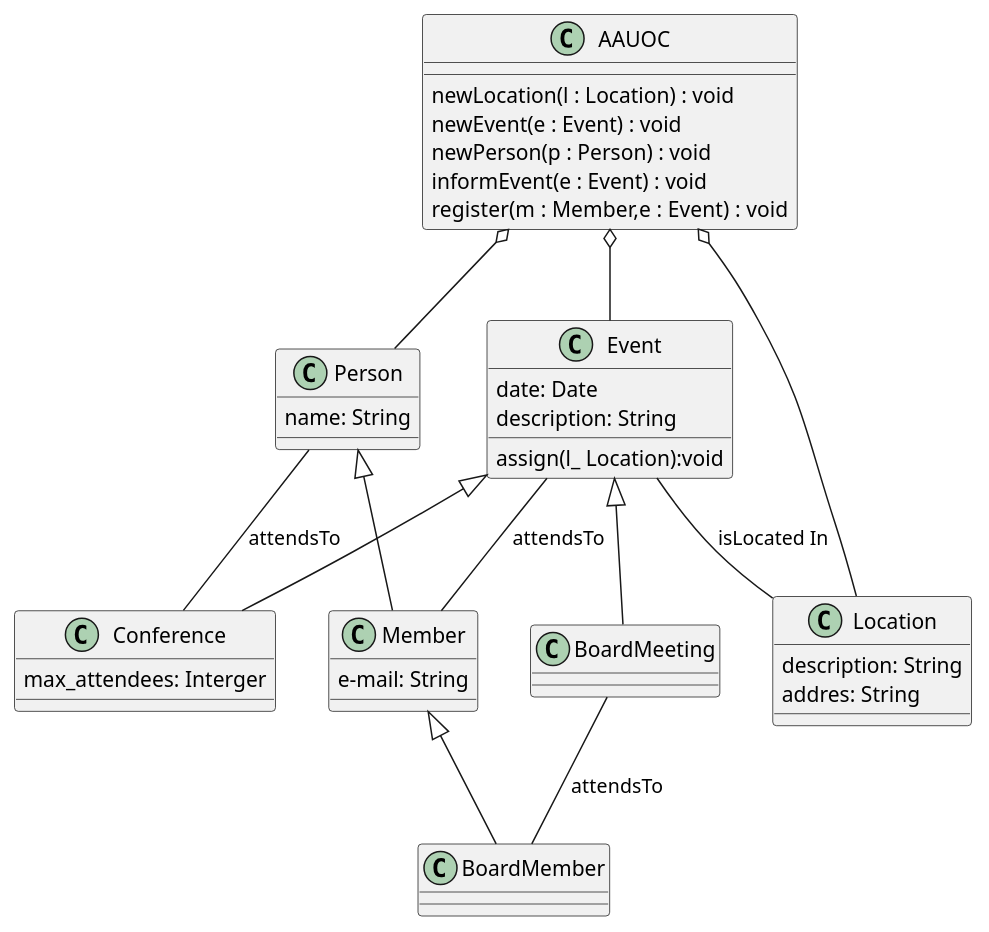
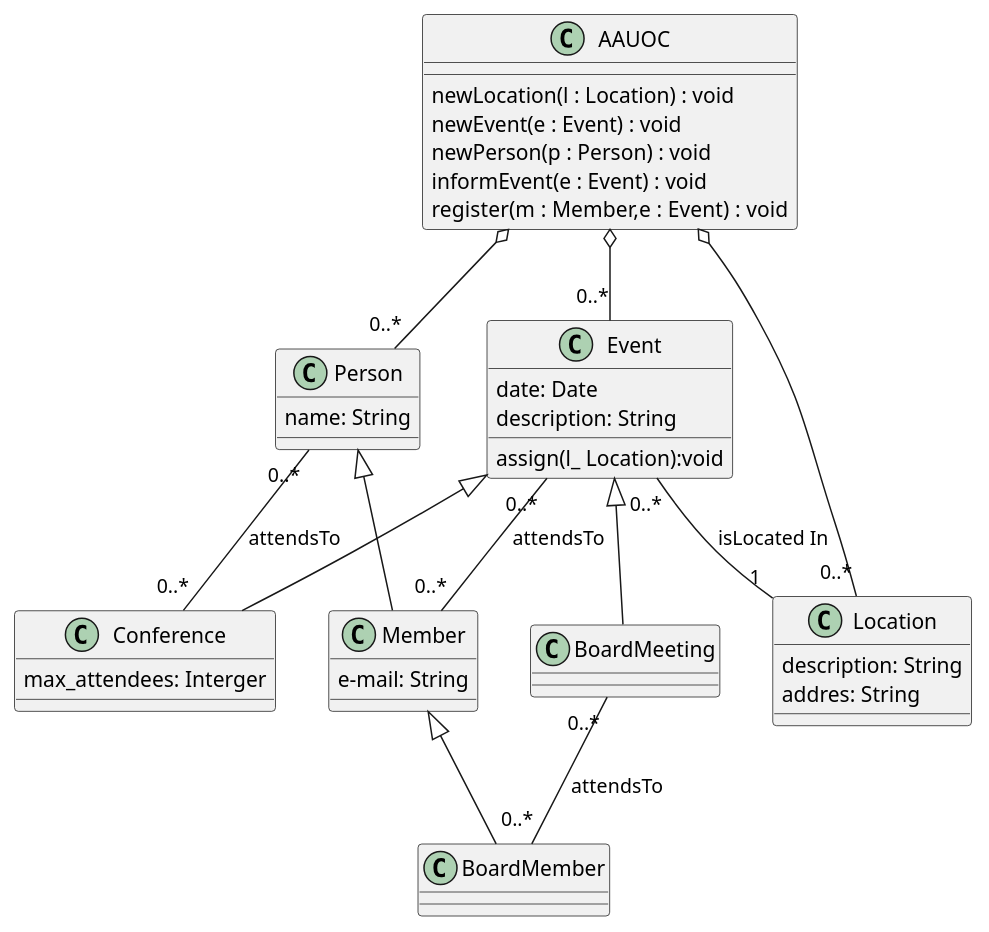
One commit to franmolinaadan/UMLClasesFranMolina changed the diagram in src/DiagramaUMLMolina.puml. Above: the diagram before and after it, drawn with PlantUML. The commit also changed 2 other files, not shown here.

Commit message:
UML completado+creacion Memoria

```diff
--- a/src/DiagramaUMLMolina.puml
+++ b/src/DiagramaUMLMolina.puml
@@ -1,58 +1,58 @@
 @startuml
 class "Event" as Event
 class "Conference" as Conference
 class "BoardMeeting" as BoardMeeting
 class "Person" as Person
 class "Member" as Member
 class "BoardMember" as BoardMember
 class "AAUOC" as Asociacion
 class "Location" as Location
 
 Event <|-- Conference
 Event <|-- BoardMeeting
-Event -- Location : isLocated In
-Event -- Member : attendsTo
+Event "0..*"--"1" Location : isLocated In
+Event "0..*"--"0..*"Member : attendsTo
 
 Person <|-- Member
-Person -- Conference: attendsTo
+Person "0..*"--"0..*" Conference: attendsTo
 
 Member <|-- BoardMember
 
-Asociacion o-- Person
-Asociacion o-- Event
-Asociacion o-- Location
+Asociacion o--"0..*" Person
+Asociacion o--"0..*" Event
+Asociacion o--"0..*" Location
 
-BoardMeeting -- BoardMember: attendsTo
+BoardMeeting "0..*"--"0..*" BoardMember: attendsTo
 
 class Asociacion{
 newLocation(l : Location) : void
 newEvent(e : Event) : void
 newPerson(p : Person) : void
 informEvent(e : Event) : void
 register(m : Member,e : Event) : void
 }
 
 class Location{
 description: String
 addres: String
 }
 
 class Person{
 name: String
 }
 
 class Event{
 date: Date
 description: String
 
 assign(l_ Location):void
 }
 
 class Member{
 e-mail: String
 }
 
 class Conference{
 max_attendees: Interger
 }
 @enduml
```
